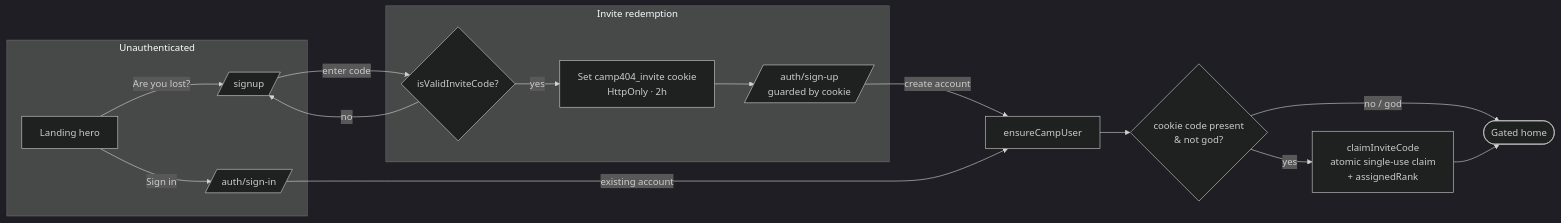
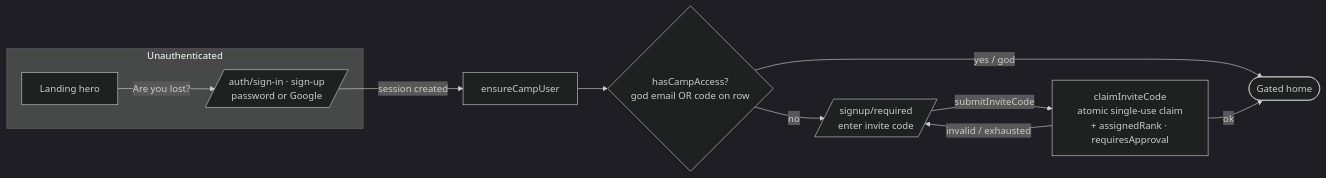
The second of 9 diagrams in docs/user-journey.md (RyRy79261/camp-404), drawn with Mermaid (dark theme) before and after one commit. The commit also changed other lines of this file and 10 other files, not shown here.

````diff
--- a/docs/user-journey.md
+++ b/docs/user-journey.md
@@ -62,21 +70,14 @@
 ```mermaid
 flowchart LR
     subgraph Unauthenticated
-        L[Landing hero] -->|Are you lost?| S[/signup/]
-        L -->|Sign in| SI[/auth/sign-in/]
+        L[Landing hero] -->|Are you lost?| SI[/auth/sign-in · sign-up<br/>password or Google/]
     end
 
-    subgraph "Invite redemption"
-        S -->|enter code| V{isValidInviteCode?}
-        V -->|no| S
-        V -->|yes| CK[Set camp404_invite cookie<br/>HttpOnly · 2h]
-        CK --> SU[/auth/sign-up<br/>guarded by cookie/]
-    end
-
-    SU -->|create account| EC[ensureCampUser]
-    SI -->|existing account| EC
-    EC --> CLAIM{cookie code present<br/>& not god?}
-    CLAIM -->|yes| CI[claimInviteCode<br/>atomic single-use claim<br/>+ assignedRank]
-    CLAIM -->|no / god| HOME
-    CI --> HOME([Gated home])
+    SI -->|session created| EC[ensureCampUser]
+    EC --> HC{hasCampAccess?<br/>god email OR code on row}
+    HC -->|yes / god| HOME([Gated home])
+    HC -->|no| SR[/signup/required<br/>enter invite code/]
+    SR -->|submitInviteCode| CI[claimInviteCode<br/>atomic single-use claim<br/>+ assignedRank · requiresApproval]
+    CI -->|ok| HOME
+    CI -->|invalid / exhausted| SR
 ```
````
